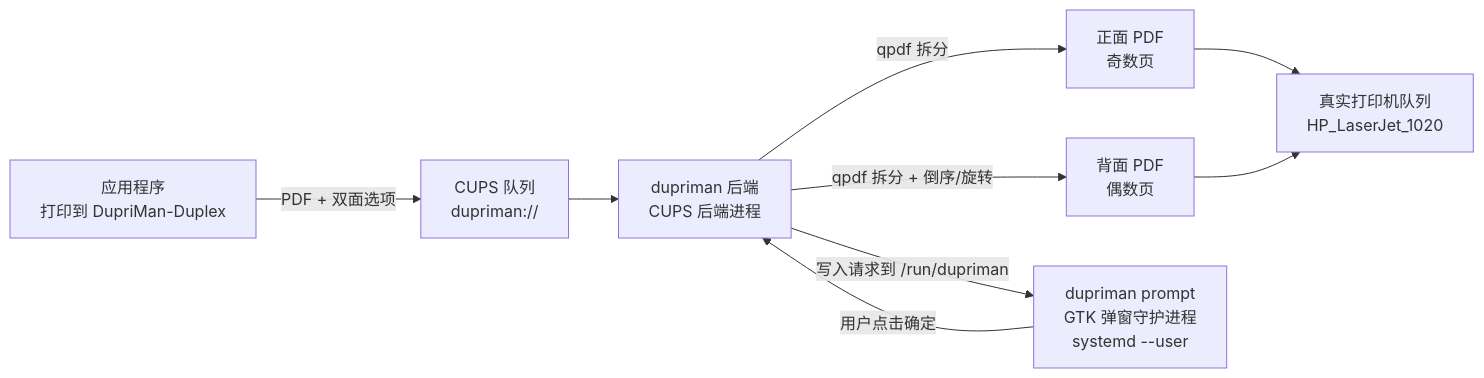
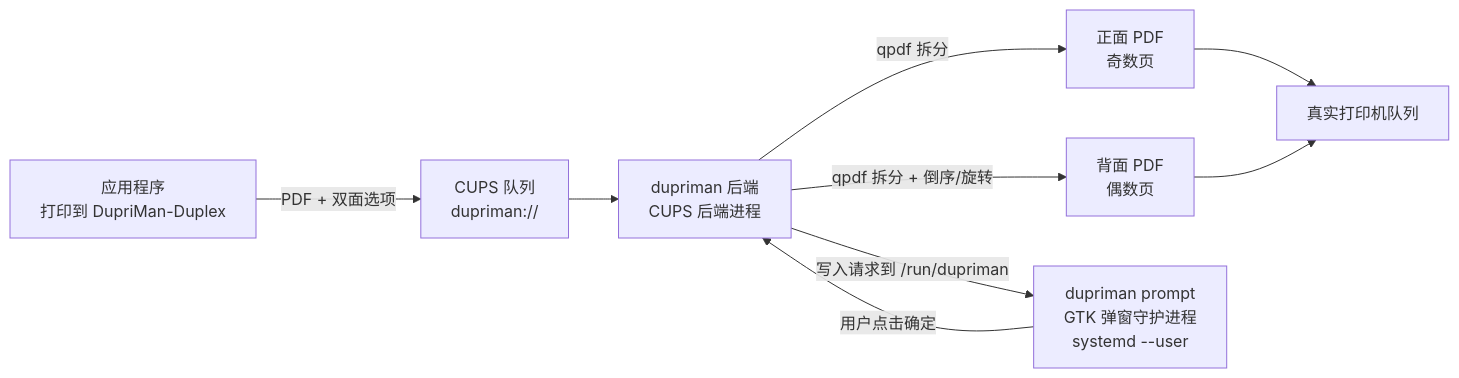
Before and after one commit to OrdChaos/dupriman: the diagram in README.zh_CN.md, drawn with Mermaid. The commit also changed other lines of this file and 2 other files, not shown here.

First line of the commit message:
docs(readme): update flow diagram, remove packaging section, and refine hardware note

````diff
--- a/README.zh_CN.md
+++ b/README.zh_CN.md
@@ -15,11 +15,11 @@
 ```mermaid
 flowchart LR
     A[应用程序<br/>打印到 DupriMan-Duplex] -->|PDF + 双面选项| B[CUPS 队列<br/>dupriman://]
     B --> C[dupriman 后端<br/>CUPS 后端进程]
     C -->|qpdf 拆分| D[正面 PDF<br/>奇数页]
     C -->|qpdf 拆分 + 倒序/旋转| E[背面 PDF<br/>偶数页]
-    D --> F[真实打印机队列<br/>HP_LaserJet_1020]
+    D --> F[真实打印机队列]
     C -->|写入请求到 /run/dupriman| G[dupriman prompt<br/>GTK 弹窗守护进程<br/>systemd --user]
     G -->|用户点击确定| C
     E --> F
 ```
````
